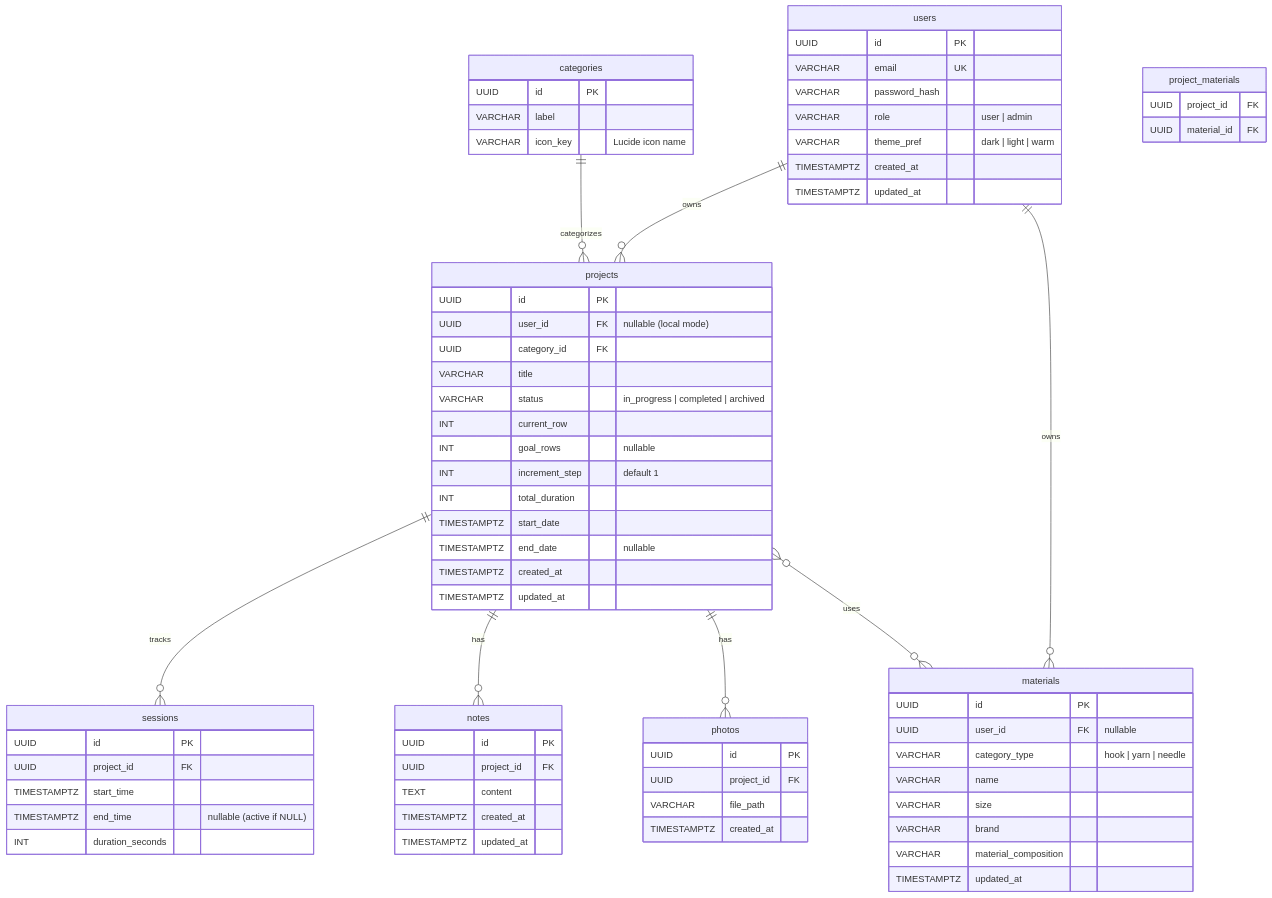
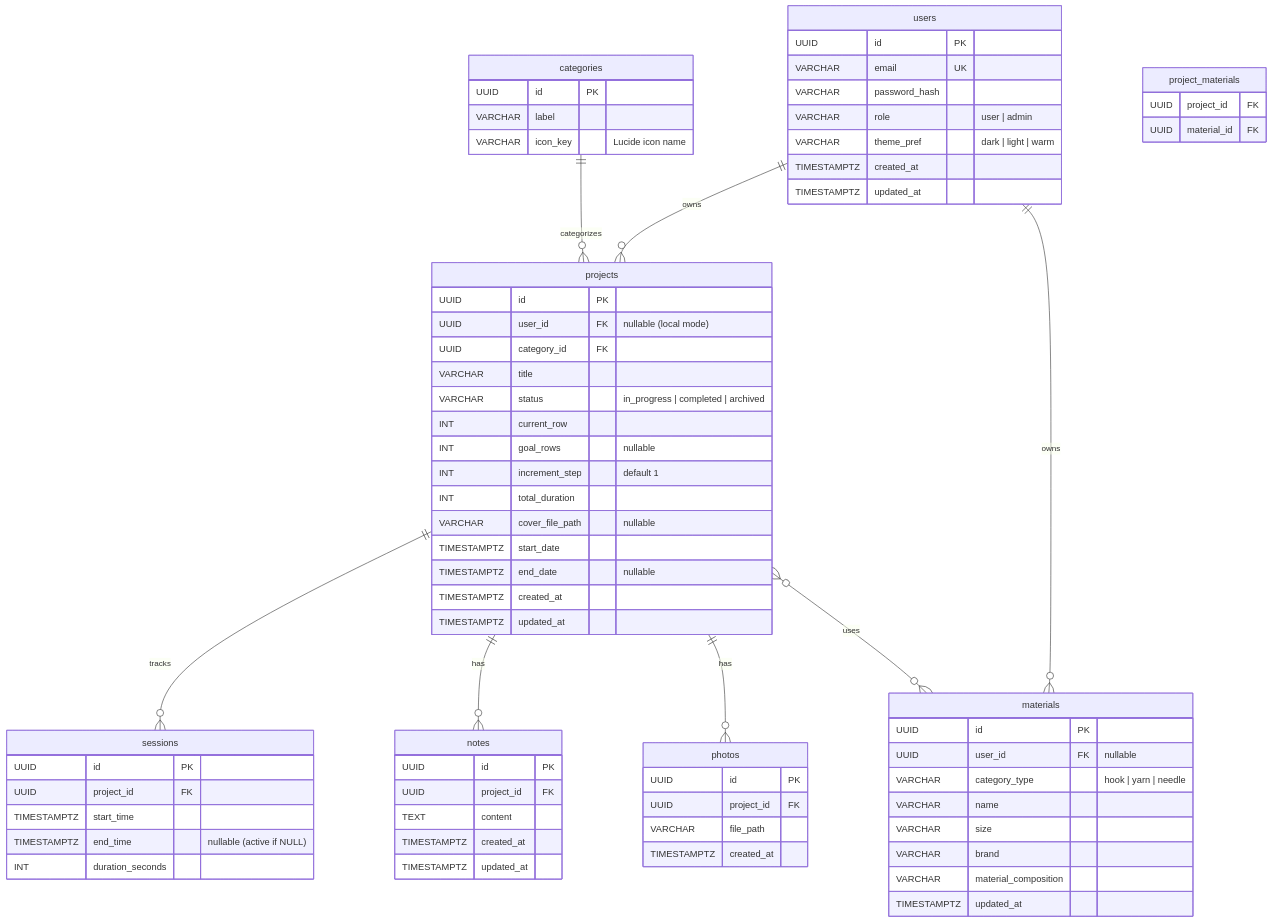
One commit to PumixA/hooked changed the fifth of 5 diagrams in .agent/spec/design.md. Above: the diagram before and after it, drawn with Mermaid. The commit also changed other lines of this file and 21 other files, not shown here.

````diff
--- a/.agent/spec/design.md
+++ b/.agent/spec/design.md
@@ -160,81 +160,82 @@
 ```mermaid
 erDiagram
     users {
         UUID id PK
         VARCHAR email UK
         VARCHAR password_hash
         VARCHAR role "user | admin"
         VARCHAR theme_pref "dark | light | warm"
         TIMESTAMPTZ created_at
         TIMESTAMPTZ updated_at
     }
 
     categories {
         UUID id PK
         VARCHAR label
         VARCHAR icon_key "Lucide icon name"
     }
 
     projects {
         UUID id PK
         UUID user_id FK "nullable (local mode)"
         UUID category_id FK
         VARCHAR title
         VARCHAR status "in_progress | completed | archived"
         INT current_row
         INT goal_rows "nullable"
         INT increment_step "default 1"
         INT total_duration
+        VARCHAR cover_file_path "nullable"
         TIMESTAMPTZ start_date
         TIMESTAMPTZ end_date "nullable"
         TIMESTAMPTZ created_at
         TIMESTAMPTZ updated_at
     }
 
     materials {
         UUID id PK
         UUID user_id FK "nullable"
         VARCHAR category_type "hook | yarn | needle"
         VARCHAR name
         VARCHAR size
         VARCHAR brand
         VARCHAR material_composition
         TIMESTAMPTZ updated_at
     }
 
     sessions {
         UUID id PK
         UUID project_id FK
         TIMESTAMPTZ start_time
         TIMESTAMPTZ end_time "nullable (active if NULL)"
         INT duration_seconds
     }
 
     notes {
         UUID id PK
         UUID project_id FK
         TEXT content
         TIMESTAMPTZ created_at
         TIMESTAMPTZ updated_at
     }
 
     photos {
         UUID id PK
         UUID project_id FK
         VARCHAR file_path
         TIMESTAMPTZ created_at
     }
 
     project_materials {
         UUID project_id FK
         UUID material_id FK
     }
 
     users ||--o{ projects : owns
     users ||--o{ materials : owns
     categories ||--o{ projects : categorizes
     projects ||--o{ sessions : tracks
     projects ||--o{ notes : has
     projects ||--o{ photos : has
     projects }o--o{ materials : uses
 ```
````
